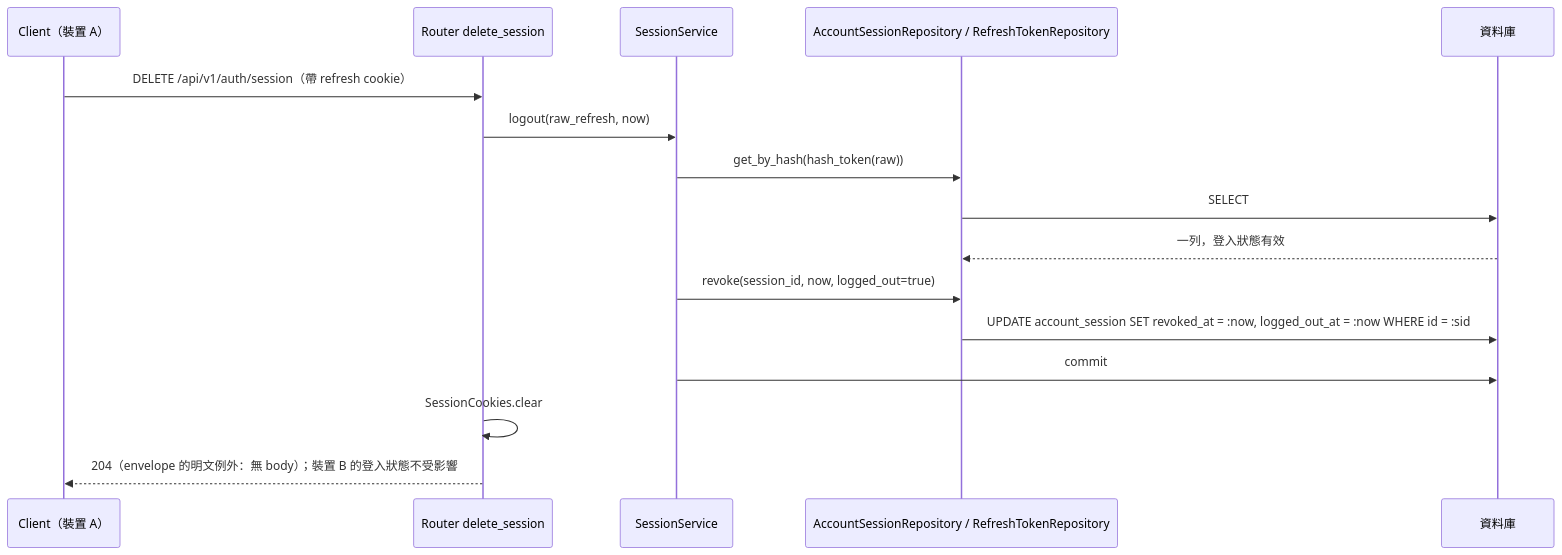
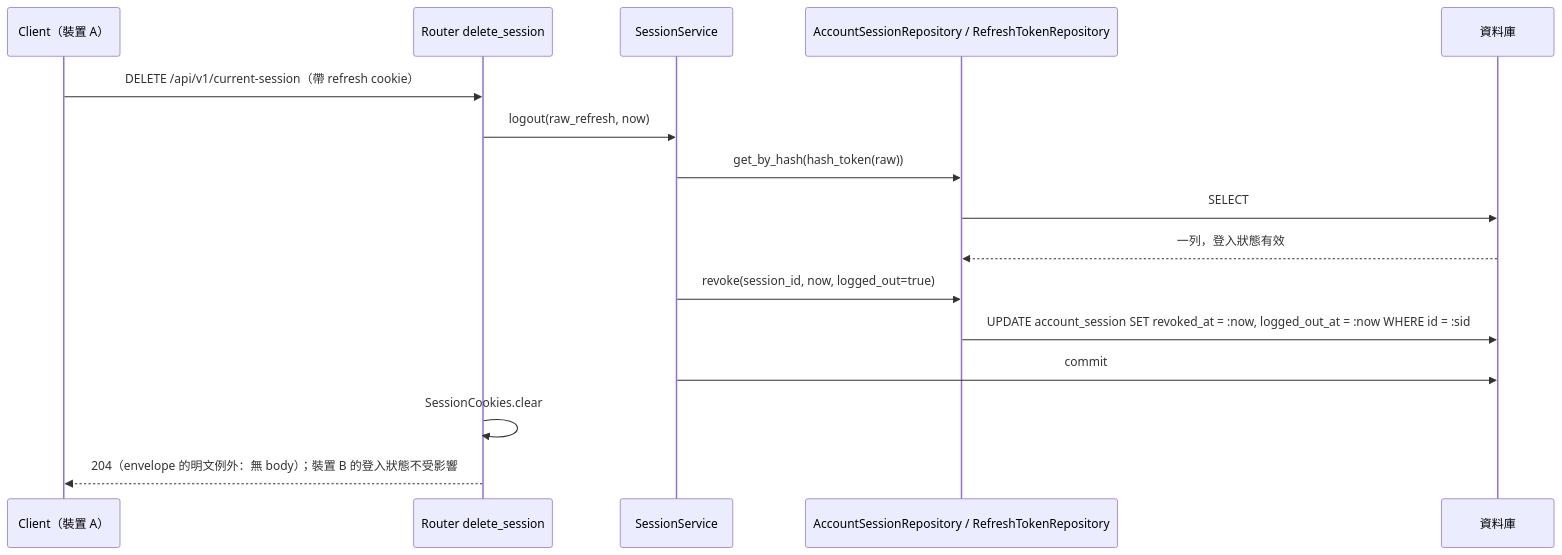
One commit to label-suite/label-suite changed diagram 29 of 30 in openspec/changes/login-auth-guard/system-design.md. Above: the diagram before and after it, drawn with Mermaid. The commit also changed other lines of this file and 4 other files, not shown here.

First line of the commit message:
docs: write the api contract for login and auth guard (#719)

````diff
--- a/openspec/changes/login-auth-guard/system-design.md
+++ b/openspec/changes/login-auth-guard/system-design.md
@@ -974,18 +974,18 @@
 ```mermaid
 sequenceDiagram
   participant C as Client（裝置 A）
   participant R as Router delete_session
   participant S as SessionService
   participant Q as AccountSessionRepository / RefreshTokenRepository
   participant DB as 資料庫
-  C->>R: DELETE /api/v1/auth/session（帶 refresh cookie）
+  C->>R: DELETE /api/v1/current-session（帶 refresh cookie）
   R->>S: logout(raw_refresh, now)
   S->>Q: get_by_hash(hash_token(raw))
   Q->>DB: SELECT
   DB-->>Q: 一列，登入狀態有效
   S->>Q: revoke(session_id, now, logged_out=true)
   Q->>DB: UPDATE account_session SET revoked_at = :now, logged_out_at = :now WHERE id = :sid
   S->>DB: commit
   R->>R: SessionCookies.clear
   R-->>C: 204（envelope 的明文例外：無 body）；裝置 B 的登入狀態不受影響
 ```
````
